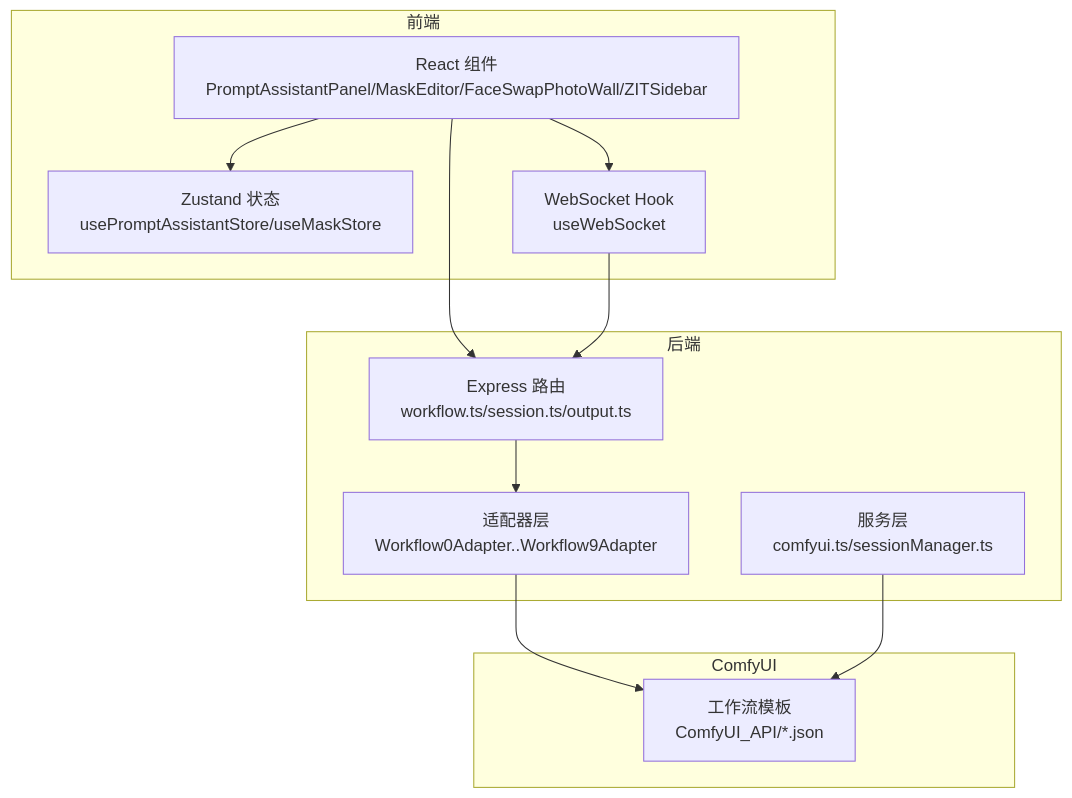
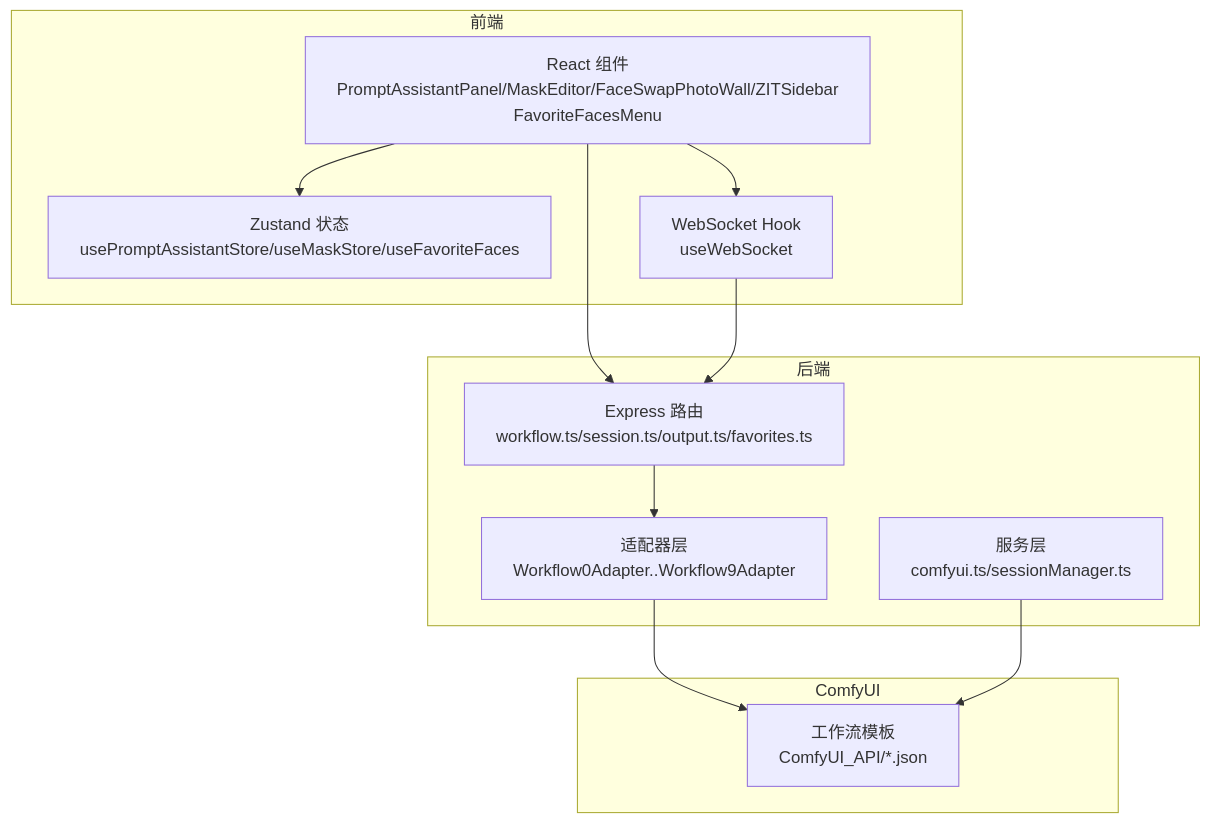
One commit to billye220670/CorineKit_Pix2Real changed the first of 8 diagrams in .qoder/repowiki/zh/content/专业功能/专业功能.md. Above: the diagram before and after it, drawn with Mermaid. The commit also changed other lines of this file and 73 other files, not shown here.

````diff
--- a/.qoder/repowiki/zh/content/专业功能/专业功能.md
+++ b/.qoder/repowiki/zh/content/专业功能/专业功能.md
@@ -39,23 +48,23 @@
 ```mermaid
 graph TB
 subgraph "前端"
-UI["React 组件<br/>PromptAssistantPanel/MaskEditor/FaceSwapPhotoWall/ZITSidebar"]
-Store["Zustand 状态<br/>usePromptAssistantStore/useMaskStore"]
+UI["React 组件<br/>PromptAssistantPanel/MaskEditor/FaceSwapPhotoWall/ZITSidebar<br/>FavoriteFacesMenu"]
+Store["Zustand 状态<br/>usePromptAssistantStore/useMaskStore/useFavoriteFaces"]
 WS["WebSocket Hook<br/>useWebSocket"]
 end
 subgraph "后端"
-API["Express 路由<br/>workflow.ts/session.ts/output.ts"]
+API["Express 路由<br/>workflow.ts/session.ts/output.ts/favorites.ts"]
 Adapters["适配器层<br/>Workflow0Adapter..Workflow9Adapter"]
 Services["服务层<br/>comfyui.ts/sessionManager.ts"]
 end
 subgraph "ComfyUI"
 Templates["工作流模板<br/>ComfyUI_API/*.json"]
 end
 UI --> Store
 UI --> WS
 UI --> API
 API --> Adapters
 Adapters --> Templates
 Services --> Templates
 WS --> API
 ```
````
